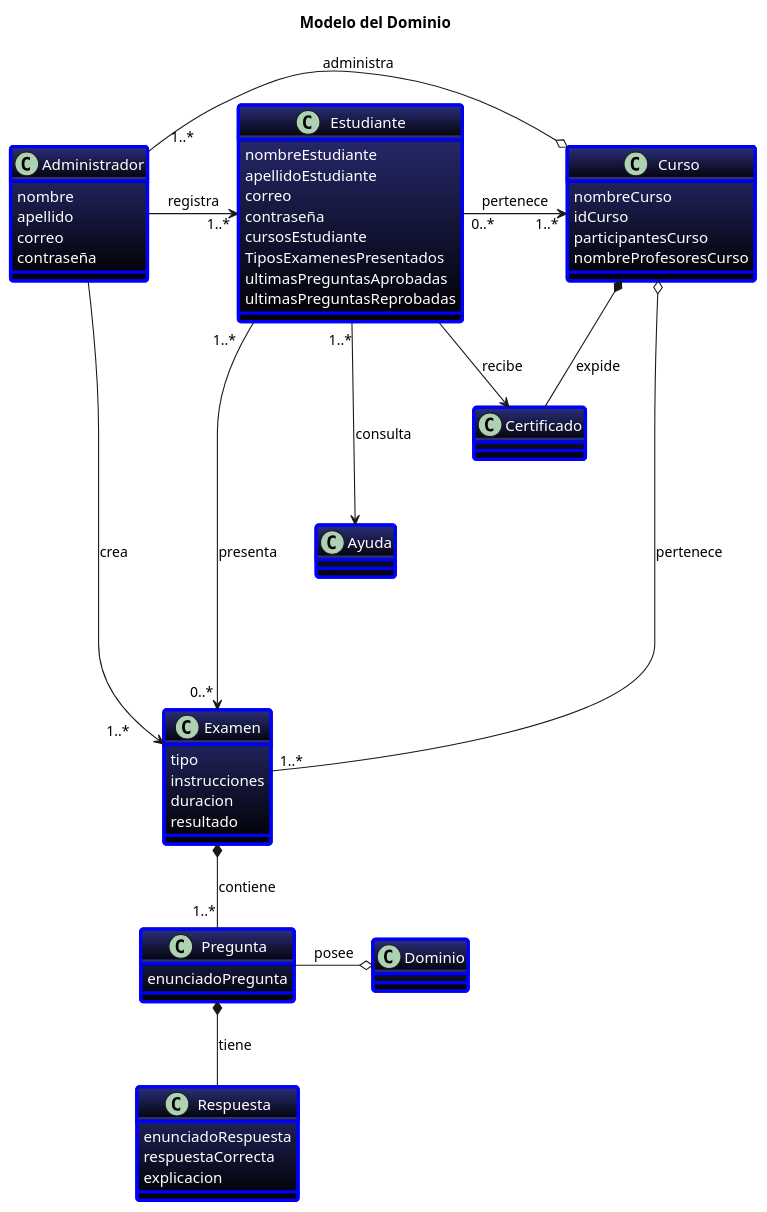
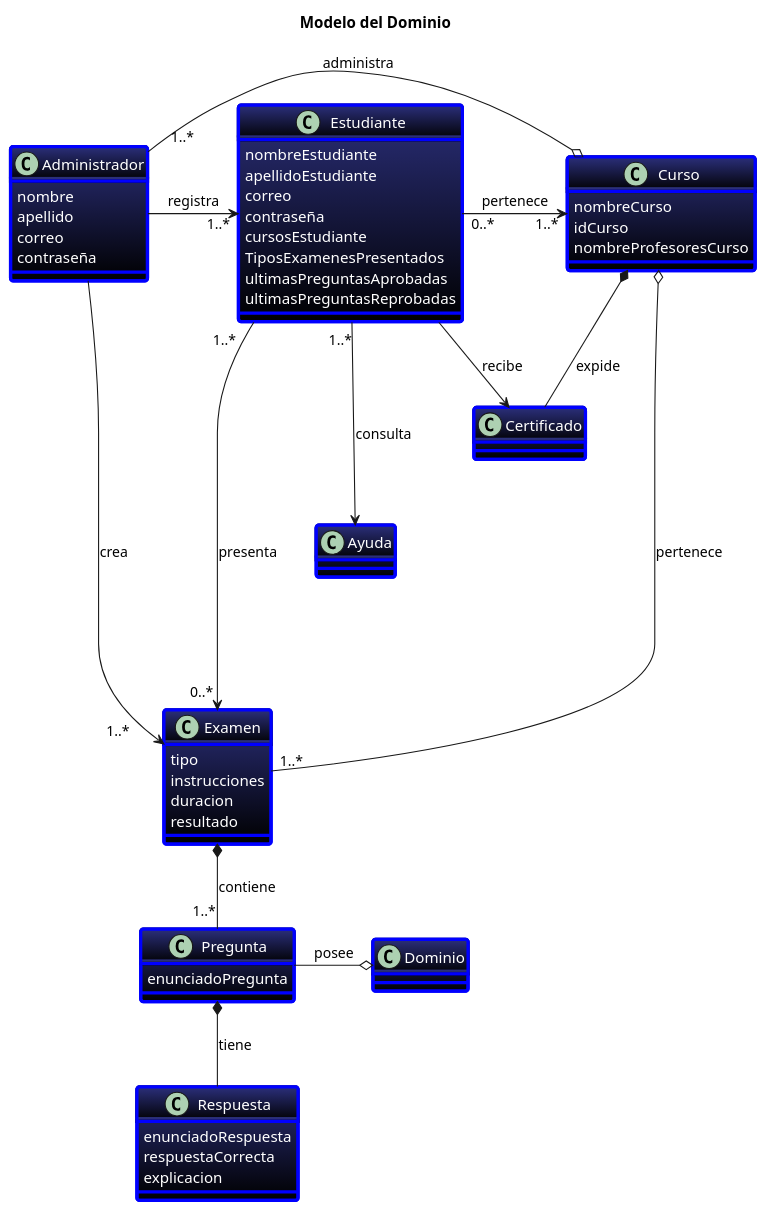
Before and after one commit to febres35/EdTech_IS: the diagram in docs/scenariosView/diagramaClasesDominio.plantuml, drawn with PlantUML.

Commit message:
eliminados atributos innecesarios

```diff
--- a/docs/scenariosView/diagramaClasesDominio.plantuml
+++ b/docs/scenariosView/diagramaClasesDominio.plantuml
@@ -1,72 +1,71 @@
 @startuml "Diagrama de clases"
 
 title "Modelo del Dominio"
 
 skinparam Class{
   BackgroundColor 2B2F7B-black
   AttributeFontColor white
   BorderThickness 3
   BorderColor blue
 }
 class Administrador{
   nombre
   apellido
   correo
   contraseña
 }
 class Estudiante{
   nombreEstudiante
   apellidoEstudiante
   correo
   contraseña
   cursosEstudiante
   TiposExamenesPresentados
   ultimasPreguntasAprobadas
   ultimasPreguntasReprobadas
 }
 
 class Ayuda
 
 class Curso{
   nombreCurso
   idCurso
-  participantesCurso
   nombreProfesoresCurso
 }
 class Examen{
   tipo
   instrucciones
   duracion
   resultado
 }
 class Pregunta{
   enunciadoPregunta
 }
 
 class Dominio
 
 class Respuesta{
   enunciadoRespuesta
   respuestaCorrecta
   explicacion
 }
 class Certificado{
 }
 
 Administrador -right-> "1..*       "Examen: crea
 Administrador -right-> "     1..*"Estudiante: registra
 Administrador "    1..*"-right-o Curso: administra
 
 Estudiante "0..*"-right->"    1..*"Curso: pertenece
 Estudiante "1..*   "-right-> "0..* "Examen: presenta
 Estudiante --> Certificado: recibe
 Estudiante "1..*"---> Ayuda: consulta
 
 Examen *-down- "1..*"Pregunta: contiene
 Pregunta *-down- Respuesta: tiene
 Pregunta -right-o Dominio: posee
 
 Curso o----- "1..*"Examen: pertenece
 Curso *- Certificado: expide
 
 @enduml
```
